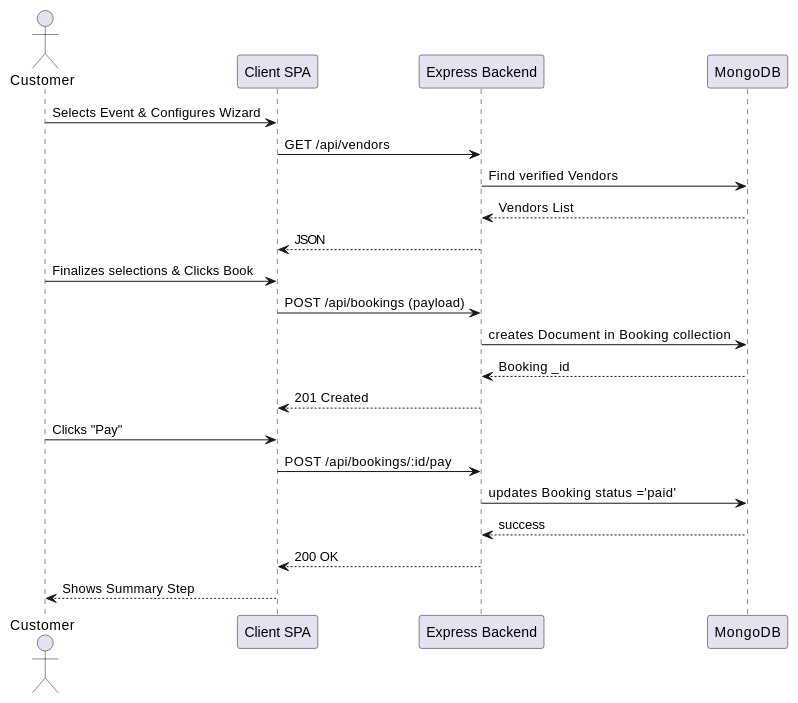
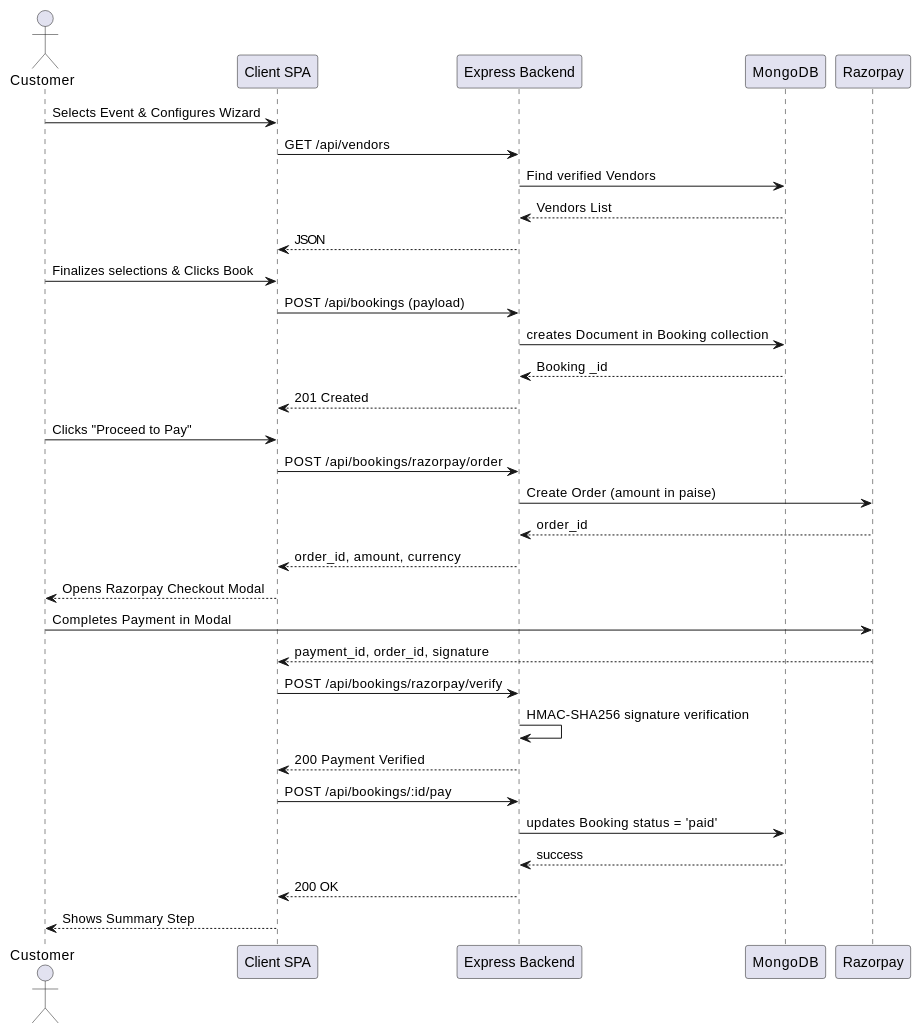
Before and after one commit to SiddheshM716/LuxeGather: the fourth of 4 diagrams in Architecture_Document.md, drawn with PlantUML. The commit also changed other lines of this file, not shown here.

Commit message:
docs: update architecture document with razorpay, atlas, and deployment

````diff
--- a/Architecture_Document.md
+++ b/Architecture_Document.md
@@ -203,25 +213,35 @@
 ```plantuml
 @startuml
 actor Customer
 participant "Client SPA" as UI
 participant "Express Backend" as API
 participant "MongoDB" as DB
 
 Customer -> UI : Selects Event & Configures Wizard
 UI -> API : GET /api/vendors
 API -> DB : Find verified Vendors
 DB --> API : Vendors List
 API --> UI : JSON
 Customer -> UI : Finalizes selections & Clicks Book
 UI -> API : POST /api/bookings (payload)
 API -> DB : creates Document in Booking collection
 DB --> API : Booking _id
 API --> UI : 201 Created
-Customer -> UI : Clicks "Pay"
+Customer -> UI : Clicks "Proceed to Pay"
+UI -> API : POST /api/bookings/razorpay/order
+API -> Razorpay : Create Order (amount in paise)
+Razorpay --> API : order_id
+API --> UI : order_id, amount, currency
+UI --> Customer : Opens Razorpay Checkout Modal
+Customer -> Razorpay : Completes Payment in Modal
+Razorpay --> UI : payment_id, order_id, signature
+UI -> API : POST /api/bookings/razorpay/verify
+API -> API : HMAC-SHA256 signature verification
+API --> UI : 200 Payment Verified
 UI -> API : POST /api/bookings/:id/pay
-API -> DB : updates Booking status ='paid'
+API -> DB : updates Booking status = 'paid'
 DB --> API : success
 API --> UI : 200 OK
 UI --> Customer : Shows Summary Step
 @enduml
 ```
````
